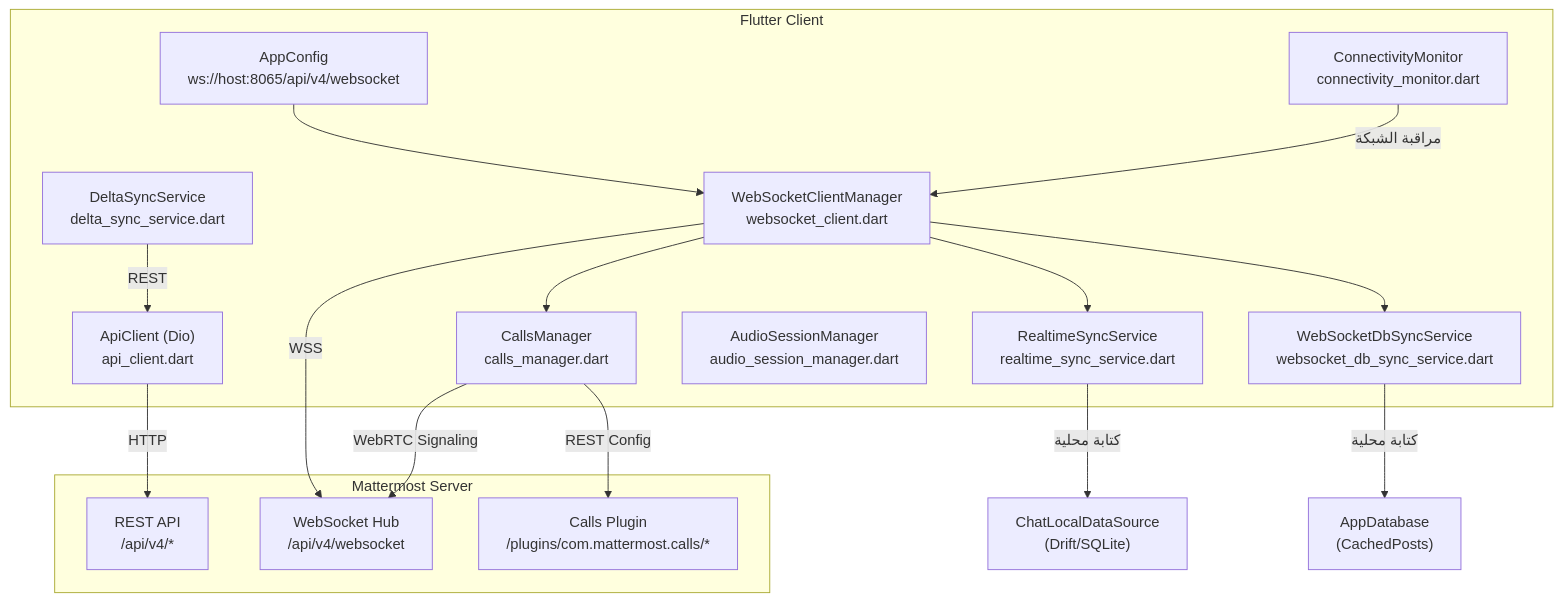
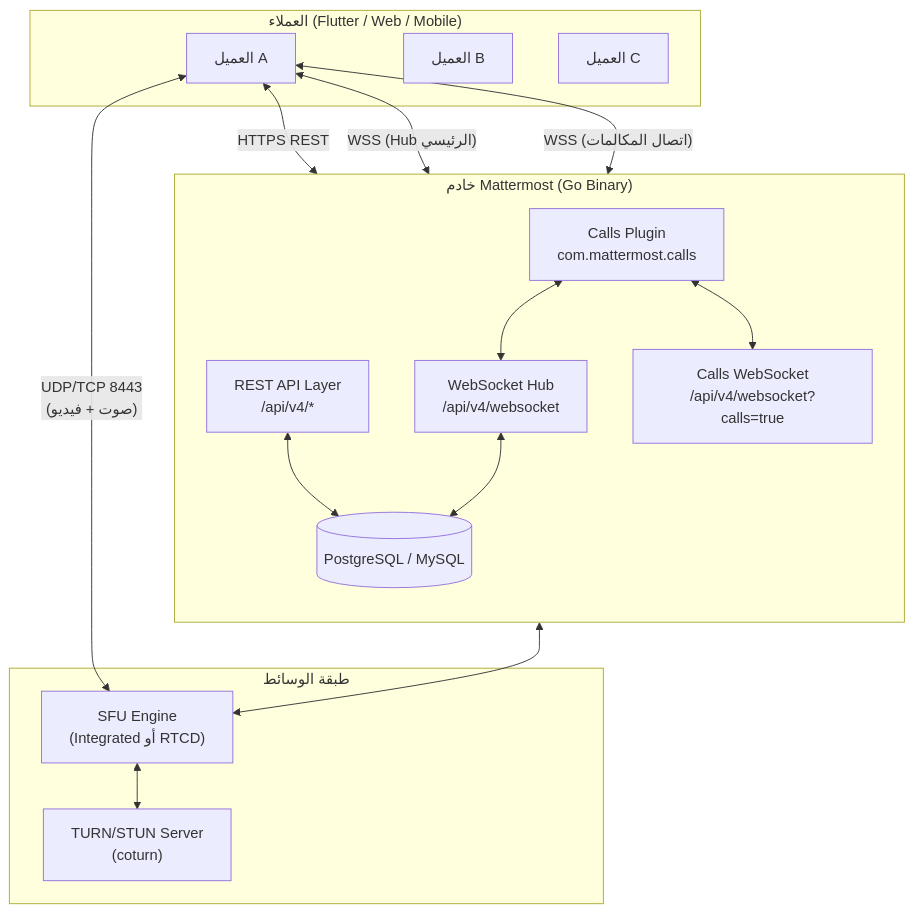
One commit to osmai4603-collab/flutter_mattermost changed the first of 10 diagrams in docs/mattermost_realtime_analysis.md. Above: the diagram before and after it, drawn with Mermaid. The commit also changed other lines of this file and 13 other files, not shown here.

````diff
--- a/docs/mattermost_realtime_analysis.md
+++ b/docs/mattermost_realtime_analysis.md
@@ -19,33 +24,34 @@
 ```mermaid
-graph TB
-    subgraph "Flutter Client"
-        A["AppConfig<br/>ws://host:8065/api/v4/websocket"]
-        B["WebSocketClientManager<br/>websocket_client.dart"]
-        C["RealtimeSyncService<br/>realtime_sync_service.dart"]
-        D["WebSocketDbSyncService<br/>websocket_db_sync_service.dart"]
-        E["DeltaSyncService<br/>delta_sync_service.dart"]
-        F["CallsManager<br/>calls_manager.dart"]
-        G["AudioSessionManager<br/>audio_session_manager.dart"]
-        H["ApiClient (Dio)<br/>api_client.dart"]
-        I["ConnectivityMonitor<br/>connectivity_monitor.dart"]
+flowchart TB
+    subgraph Clients["العملاء (Flutter / Web / Mobile)"]
+        C1["العميل A"]
+        C2["العميل B"]
+        C3["العميل C"]
     end
 
-    subgraph "Mattermost Server"
-        J["REST API<br/>/api/v4/*"]
-        K["WebSocket Hub<br/>/api/v4/websocket"]
-        L["Calls Plugin<br/>/plugins/com.mattermost.calls/*"]
+    subgraph MattermostServer["خادم Mattermost (Go Binary)"]
+        direction TB
+        REST["REST API Layer\n/api/v4/*"]
+        WS_HUB["WebSocket Hub\n/api/v4/websocket"]
+        CALLS_HUB["Calls WebSocket\n/api/v4/websocket?calls=true"]
+        DB[(PostgreSQL / MySQL)]
+        PLUGIN["Calls Plugin\ncom.mattermost.calls"]
     end
 
-    A --> B
-    B -->|WSS| K
-    B --> C
-    B --> D
-    B --> F
-    C --> |كتابة محلية| C1["ChatLocalDataSource<br/>(Drift/SQLite)"]
-    D --> |كتابة محلية| D1["AppDatabase<br/>(CachedPosts)"]
-    E --> |REST| H
-    H -->|HTTP| J
-    F -->|WebRTC Signaling| K
-    F -->|REST Config| L
-    I -->|مراقبة الشبكة| B
+    subgraph MediaLayer["طبقة الوسائط"]
+        SFU["SFU Engine\n(Integrated أو RTCD)"]
+        TURN["TURN/STUN Server\n(coturn)"]
+    end
+
+    C1 <-->|"HTTPS REST"| REST
+    C1 <-->|"WSS (Hub الرئيسي)"| WS_HUB
+    C1 <-->|"WSS (اتصال المكالمات)"| CALLS_HUB
+    C1 <-->|"UDP/TCP 8443\n(صوت + فيديو)"| SFU
+
+    REST <--> DB
+    WS_HUB <--> DB
+    PLUGIN <--> WS_HUB
+    PLUGIN <--> CALLS_HUB
+    PLUGIN <--> SFU
+    SFU <--> TURN
 ```
````
